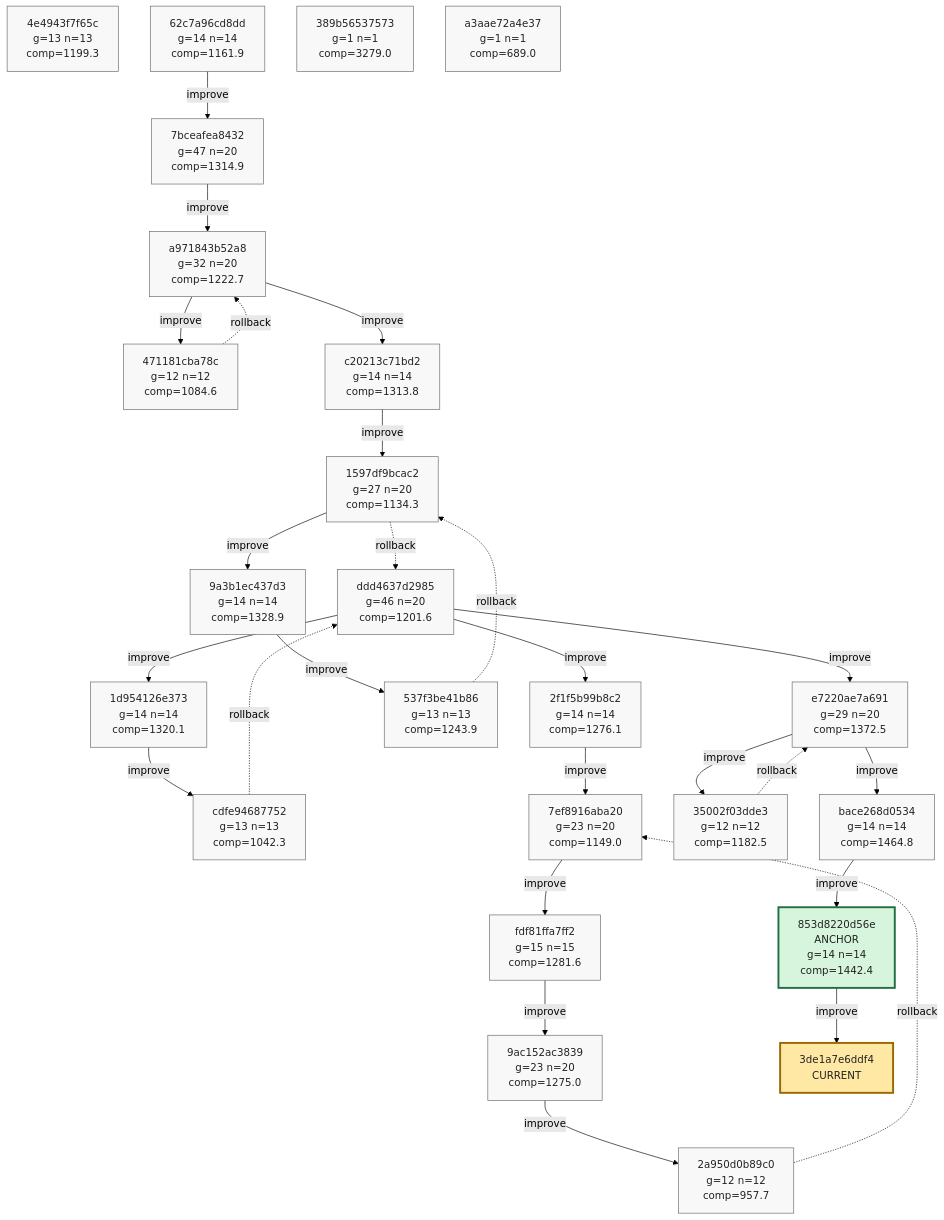
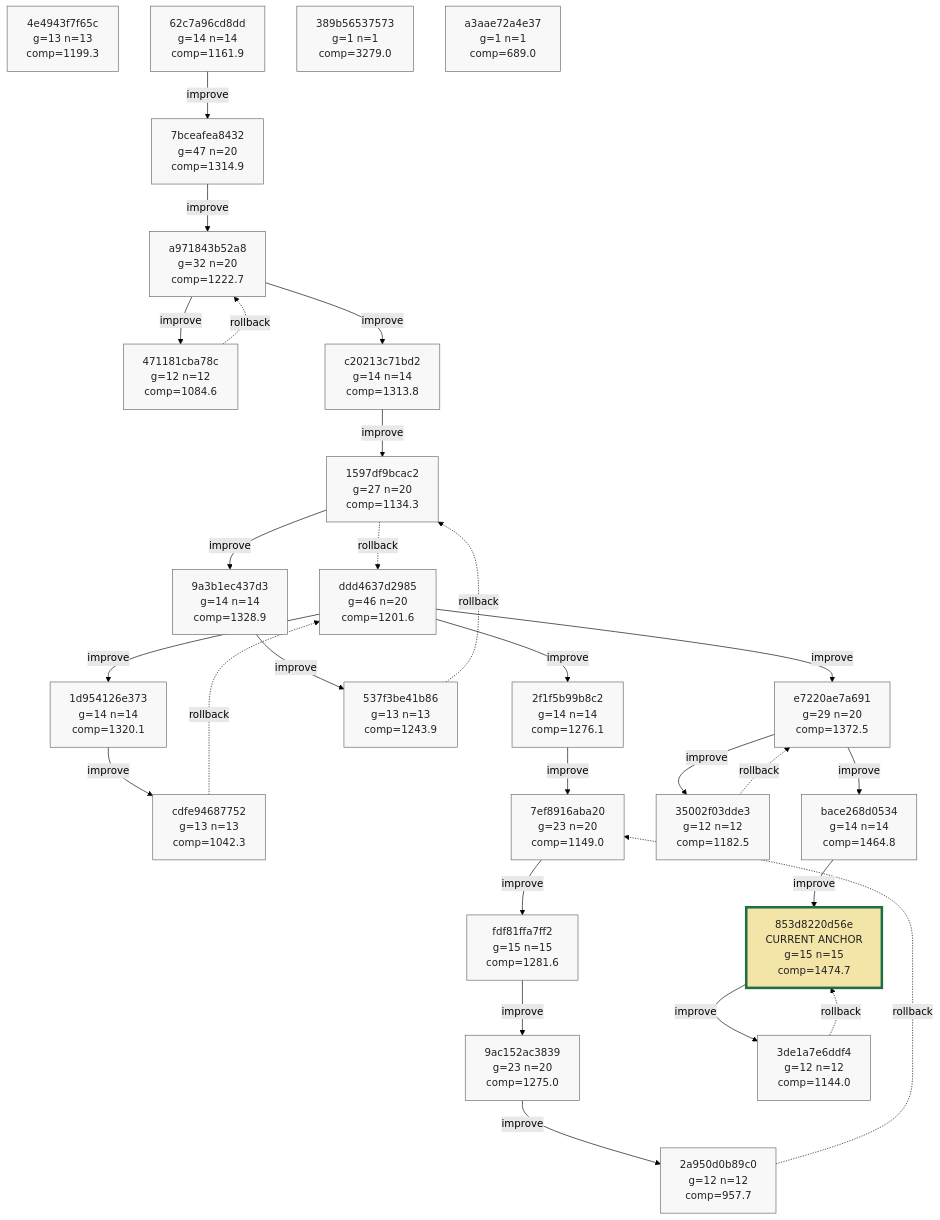
One commit to azumag/soviet_now changed the ninth of 9 diagrams in phyrogenetic-tree.md. Above: the diagram before and after it, drawn with Mermaid (forest theme). The commit also changed other lines of this file and 2 other files, not shown here.

````diff
--- a/phyrogenetic-tree.md
+++ b/phyrogenetic-tree.md
@@ -2248,10 +2249,10 @@
     h_e7220ae7a691["e7220ae7a691<br/>g=29 n=20<br/>comp=1372.5"]
     h_35002f03dde3["35002f03dde3<br/>g=12 n=12<br/>comp=1182.5"]
     h_bace268d0534["bace268d0534<br/>g=14 n=14<br/>comp=1464.8"]
-    h_853d8220d56e["853d8220d56e<br/>ANCHOR<br/>g=14 n=14<br/>comp=1442.4"]
+    h_853d8220d56e["853d8220d56e<br/>CURRENT ANCHOR<br/>g=15 n=15<br/>comp=1474.7"]
+    h_3de1a7e6ddf4["3de1a7e6ddf4<br/>g=12 n=12<br/>comp=1144.0"]
     h_389b56537573["389b56537573<br/>g=1 n=1<br/>comp=3279.0"]
     h_a3aae72a4e37["a3aae72a4e37<br/>g=1 n=1<br/>comp=689.0"]
-    h_3de1a7e6ddf4["3de1a7e6ddf4<br/>CURRENT"]
 
     h_ddd4637d2985 -->|improve| h_1d954126e373
     h_1d954126e373 -->|improve| h_cdfe94687752
@@ -2278,6 +2279,7 @@
     h_e7220ae7a691 -->|improve| h_bace268d0534
     h_bace268d0534 -->|improve| h_853d8220d56e
     h_853d8220d56e -->|improve| h_3de1a7e6ddf4
+    h_3de1a7e6ddf4 -. rollback .-> h_853d8220d56e
 
     classDef plain fill:#f8f8f8,stroke:#666,stroke-width:1px,color:#222;
     classDef current fill:#ffe8a3,stroke:#9a6700,stroke-width:3px,color:#222;
@@ -2304,8 +2306,8 @@
     class h_e7220ae7a691 plain;
     class h_35002f03dde3 plain;
     class h_bace268d0534 plain;
-    class h_853d8220d56e anchor;
+    class h_853d8220d56e current_anchor;
+    class h_3de1a7e6ddf4 plain;
     class h_389b56537573 plain;
     class h_a3aae72a4e37 plain;
-    class h_3de1a7e6ddf4 current;
 ```
````
